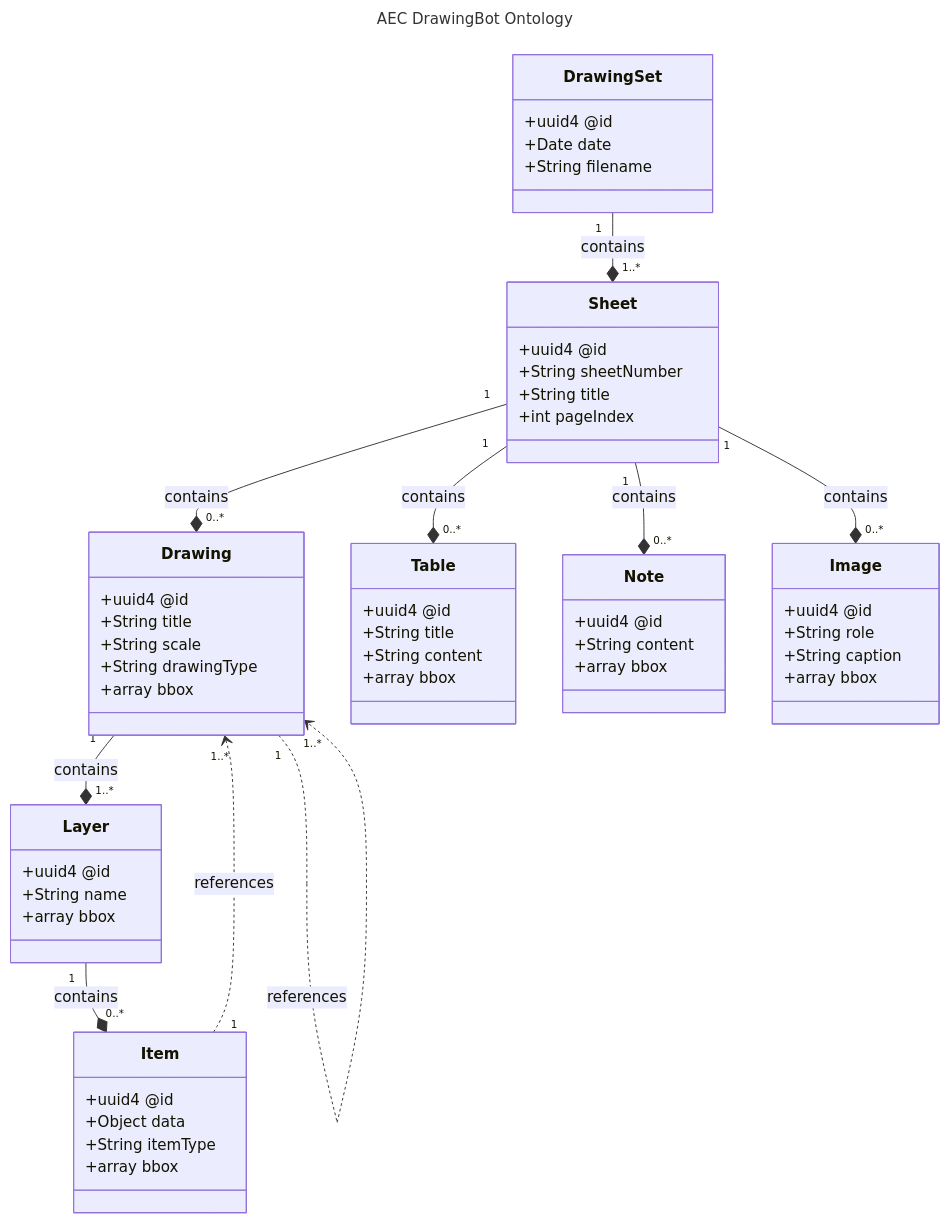
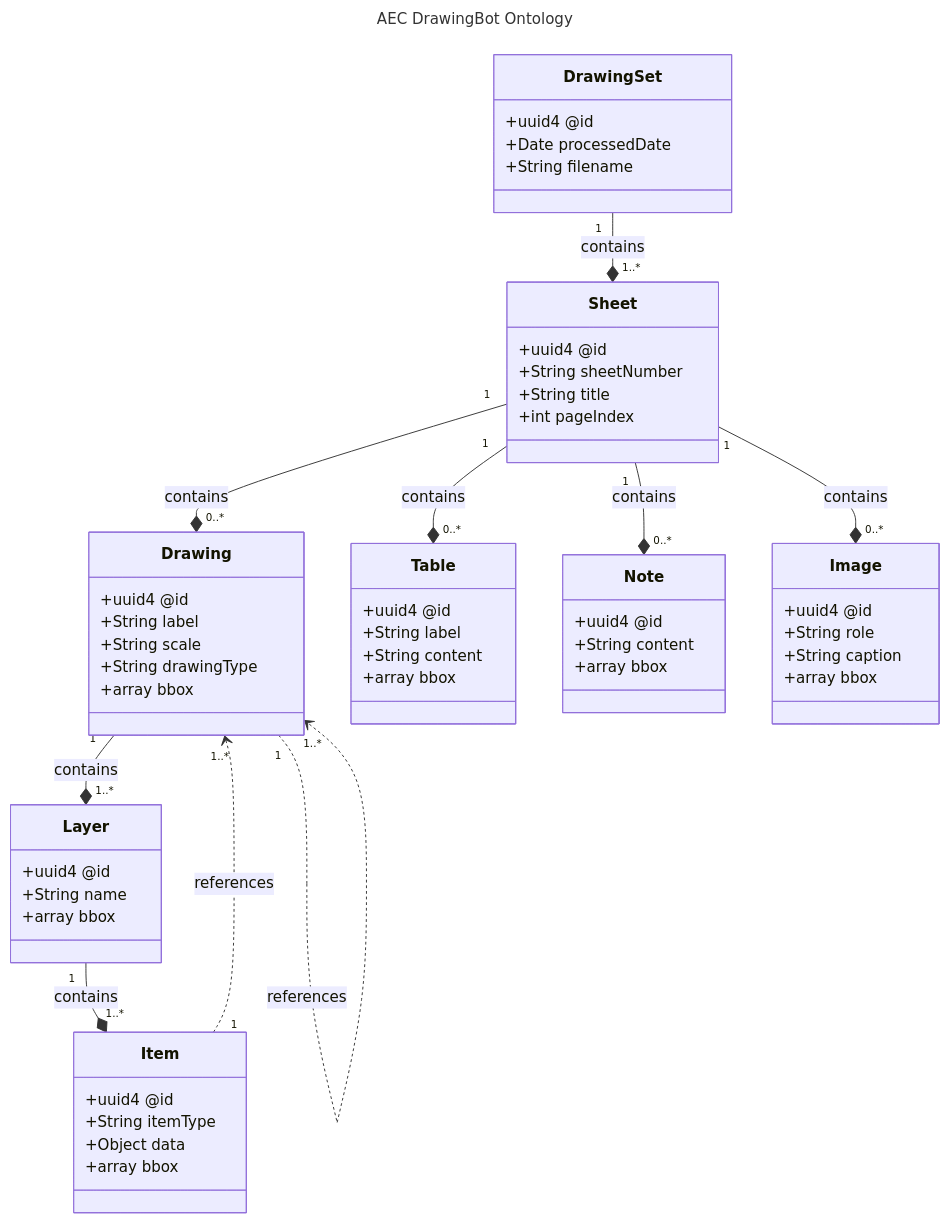
One commit to jeff-carmichael/aecdo changed the diagram in README.md. Above: the diagram before and after it, drawn with Mermaid. The commit also changed other lines of this file and 8 other files, not shown here.

````diff
--- a/README.md
+++ b/README.md
@@ -145,66 +145,66 @@
 ```mermaid
 ---
 title: AEC DrawingBot Ontology
 ---
 
 classDiagram
     class DrawingSet {
 		    +uuid4 @id
-        +Date date
-        +String filename
+		    +Date processedDate
+		    +String filename
     }
     class Sheet {
 		    +uuid4 @id
-        +String sheetNumber
-        +String title
-        +int pageIndex
+		    +String sheetNumber
+		    +String title
+		    +int pageIndex
     }
     class Drawing {
 		    +uuid4 @id
-        +String title
-        +String scale
-        +String drawingType
-        +array bbox
+		    +String label
+		    +String scale
+		    +String drawingType
+		    +array bbox
     }
     class Layer {
 		    +uuid4 @id
-        +String name
-        +array bbox
+		    +String name
+		    +array bbox
     }
     class Item {
 		    +uuid4 @id
+		    +String itemType
 		    +Object data
-		    +String itemType
 		    +array bbox
     }
     class Table {
 		    +uuid4 @id
-        +String title
-        +String content
-        +array bbox
+		    +String label
+		    +String content
+		    +array bbox
     }
     class Note {
 		    +uuid4 @id
-        +String content
-        +array bbox
+		    +String content
+		    +array bbox
     }
     class Image {
 		    +uuid4 @id
-        +String role
-        +String caption
-        +array bbox
+		    +String role
+		    +String caption
+		    +array bbox
     }
 
 		%% Structure Relationships
     DrawingSet "1" --* "1..*" Sheet : contains
     Sheet "1" --* "0..*" Drawing : contains
     Sheet "1" --* "0..*" Table : contains
     Sheet "1" --* "0..*" Note : contains
     Sheet "1" --* "0..*" Image : contains
     Drawing "1" --* "1..*" Layer : contains
-    Layer "1" --* "0..*" Item : contains
+    Layer "1" --* "1..*" Item : contains
 
     %% The Reference Relationships
+    Drawing "1" ..> "1..*" Drawing : references
     Item "1" ..> "1..*" Drawing : references
-    Drawing "1" ..> "1..*"  Drawing : references
 ```
````
